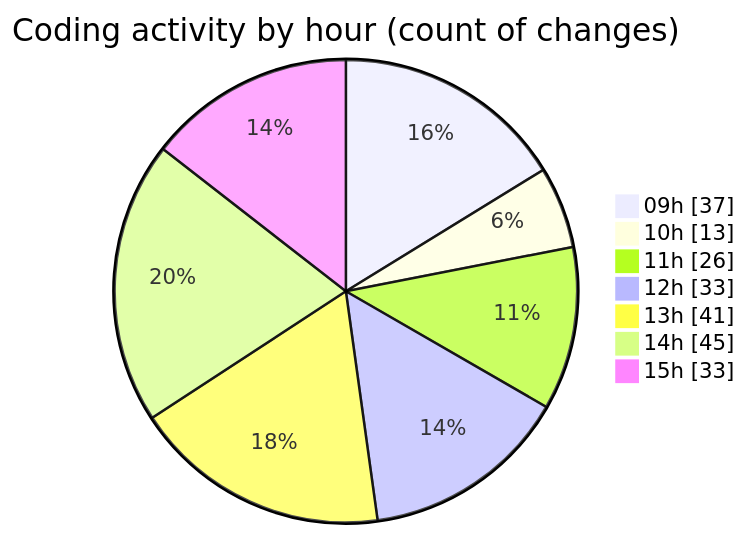
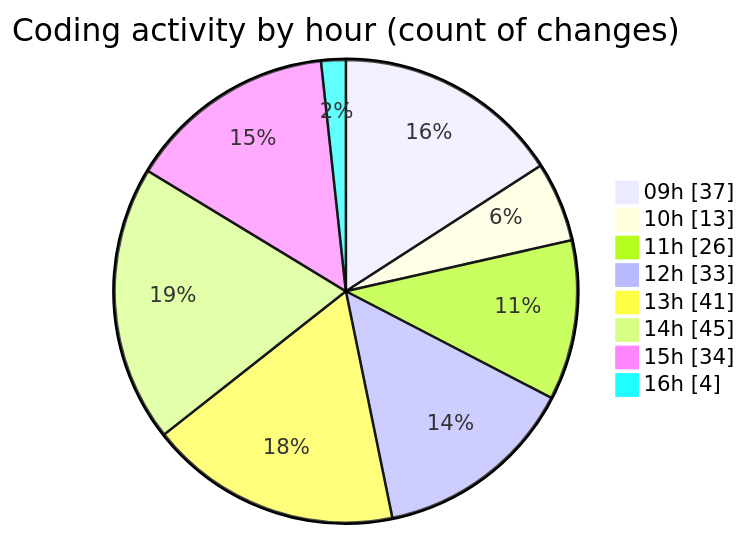
The second of 2 diagrams in 2026-04-23/cda/README.md (momahboobian/code-tracking), drawn with Mermaid before and after one commit. The commit also changed other lines of this file and 1 other file, not shown here.

````diff
--- a/2026-04-23/cda/README.md
+++ b/2026-04-23/cda/README.md
@@ -55,11 +55,12 @@
 ```mermaid
 pie showData
 title Coding activity by hour (count of changes)
 "09h" : 37
 "10h" : 13
 "11h" : 26
 "12h" : 33
 "13h" : 41
 "14h" : 45
-"15h" : 33
+"15h" : 34
+"16h" : 4
 ```
````
